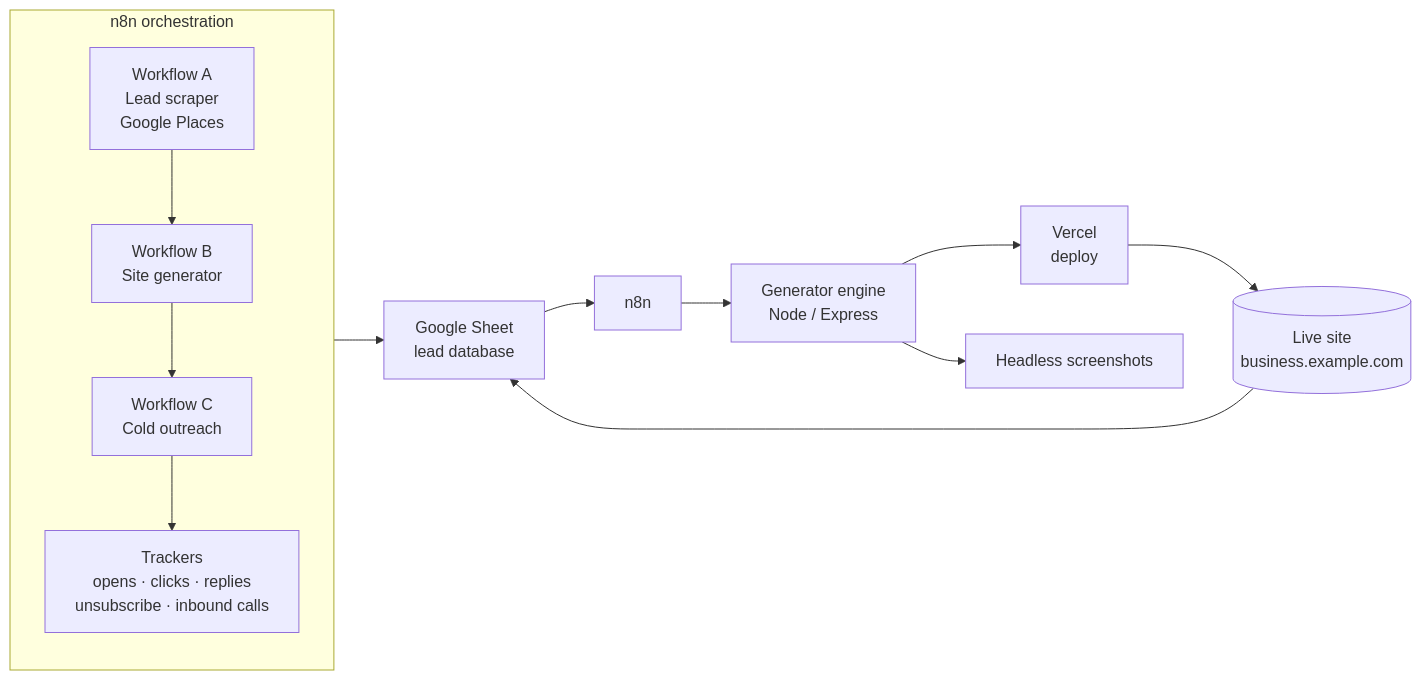
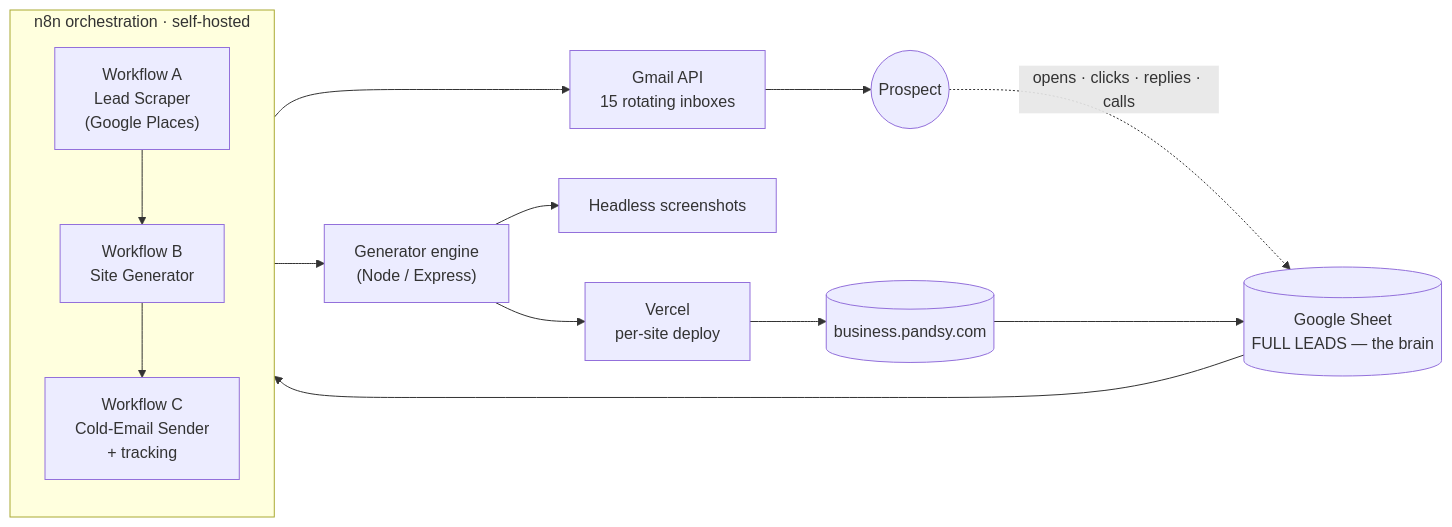
The diagram in README.md (LESA3W/Pandsy), drawn with Mermaid before and after one commit. The commit also changed other lines of this file and 19 other files, not shown here.

Commit message:
Real Pandsy showcase: 9 US templates (live), n8n workflows A/B/C, campaign + tracking proof; fix wrong screenshots

````diff
--- a/README.md
+++ b/README.md
@@ -27,18 +28,22 @@
 ```mermaid
 flowchart LR
-    A[Google Sheet<br/>lead database] --> B
+    SHEET[("Google Sheet<br/>FULL LEADS — the brain")]
 
-    subgraph n8n [n8n orchestration]
+    subgraph n8n [n8n orchestration · self-hosted]
       direction TB
-      WA[Workflow A<br/>Lead scraper<br/>Google Places] --> WB[Workflow B<br/>Site generator]
-      WB --> WC[Workflow C<br/>Cold outreach]
-      WC --> TR[Trackers<br/>opens · clicks · replies<br/>unsubscribe · inbound calls]
+      A["Workflow A<br/>Lead Scraper<br/>(Google Places)"]
+      B["Workflow B<br/>Site Generator"]
+      C["Workflow C<br/>Cold-Email Sender<br/>+ tracking"]
+      A --> B --> C
     end
 
-    B[n8n] --> GEN
-    GEN[Generator engine<br/>Node / Express] --> VERCEL[Vercel<br/>deploy]
-    GEN --> SHOT[Headless screenshots]
-    VERCEL --> SITE[(Live site<br/>business.example.com)]
-    TR --> A
-    SITE --> A
+    SHEET --> A
+    B --> GEN["Generator engine<br/>(Node / Express)"]
+    GEN --> VERCEL["Vercel<br/>per-site deploy"]
+    GEN --> SHOT["Headless screenshots"]
+    VERCEL --> SITE[("business.pandsy.com")]
+    C --> GMAIL["Gmail API<br/>15 rotating inboxes"]
+    GMAIL --> PROSPECT(("Prospect"))
+    PROSPECT -. opens · clicks · replies · calls .-> SHEET
+    SITE --> SHEET
 ```
````
